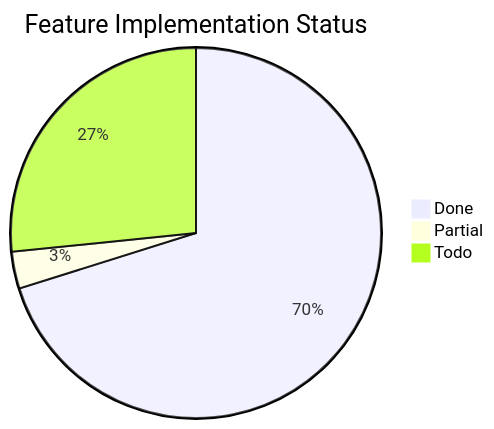
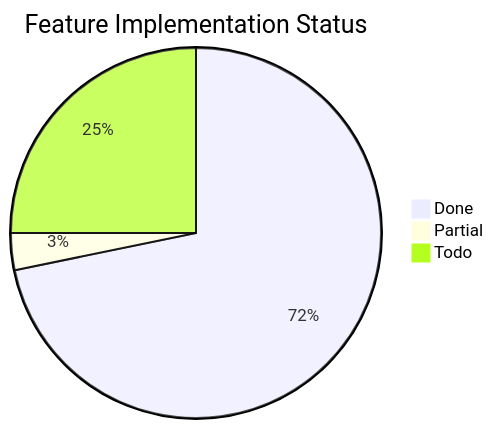
One commit to Papyrine/Morph changed the third of 3 diagrams in docs/word-features.md. Above: the diagram before and after it, drawn with Mermaid. The commit also changed other lines of this file and 5 other files, not shown here.

````diff
--- a/docs/word-features.md
+++ b/docs/word-features.md
@@ -1618,6 +1827,6 @@
 ```mermaid
 pie title Feature Implementation Status
-    "Done" : 87
+    "Done" : 89
     "Partial" : 4
-    "Todo" : 33
+    "Todo" : 31
 ```
````
